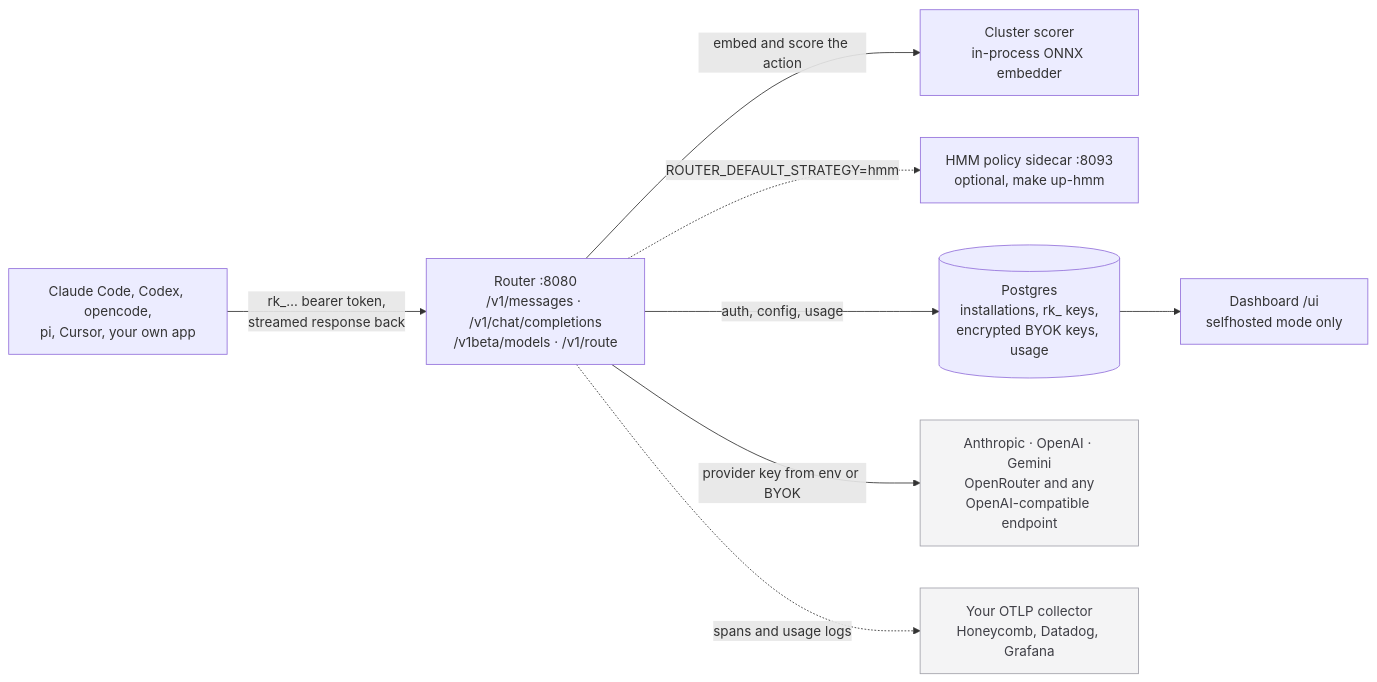
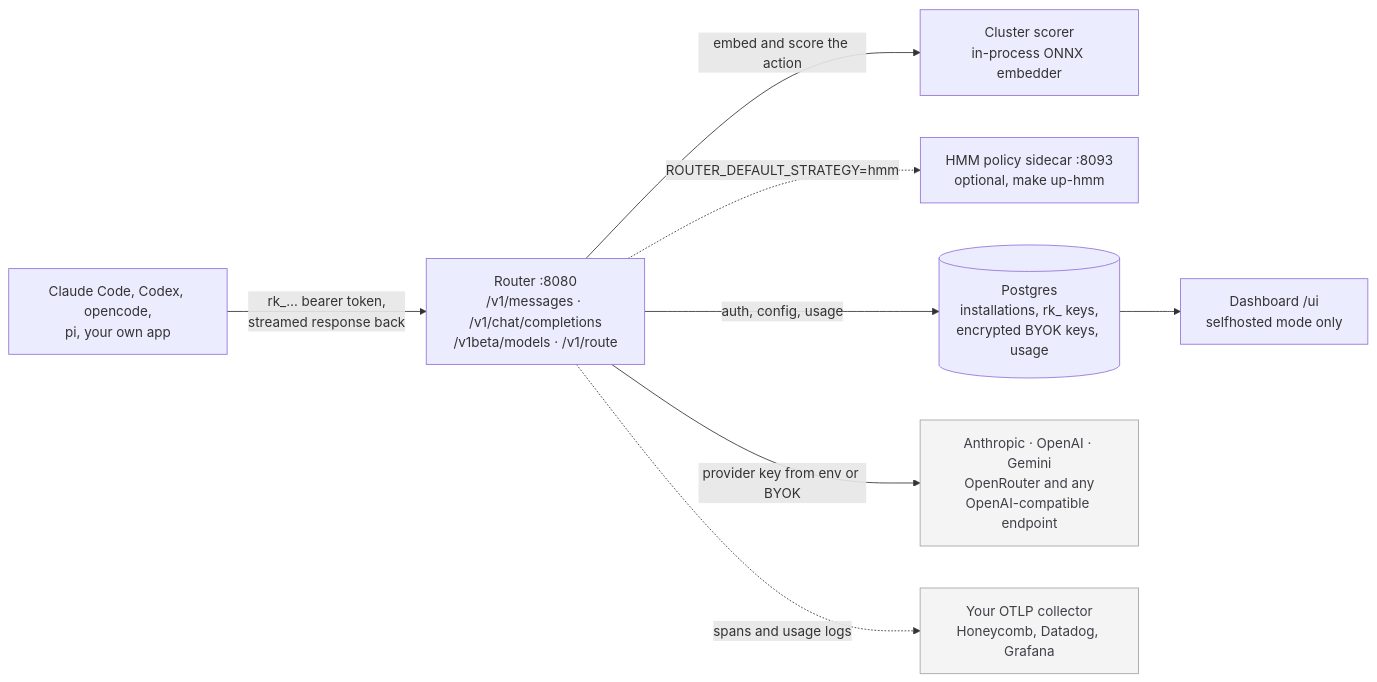
Before and after one commit to weave-os/router: the diagram in README.md, drawn with Mermaid. The commit also changed other lines of this file and 3 other files, not shown here.

First line of the commit message:
Remove Cursor from router client documentation

````diff
--- a/README.md
+++ b/README.md
@@ -122,22 +122,22 @@
 ```mermaid
 flowchart LR
-    client["Claude Code, Codex, opencode,<br/>pi, Cursor, your own app"]
+    client["Claude Code, Codex, opencode,<br/>pi, your own app"]
     router["Router :8080<br/>/v1/messages · /v1/chat/completions<br/>/v1beta/models · /v1/route"]
     scorer["Cluster scorer<br/>in-process ONNX embedder"]
     hmm["HMM policy sidecar :8093<br/>optional, make up-hmm"]
     pg[("Postgres<br/>installations, rk_ keys,<br/>encrypted BYOK keys, usage")]
     ui["Dashboard /ui<br/>selfhosted mode only"]
     providers["Anthropic · OpenAI · Gemini<br/>OpenRouter and any<br/>OpenAI-compatible endpoint"]
     otel["Your OTLP collector<br/>Honeycomb, Datadog, Grafana"]
 
     client -->|"rk_… bearer token,<br/>streamed response back"| router
     router -->|"embed and score the action"| scorer
     router -.->|"ROUTER_DEFAULT_STRATEGY=hmm"| hmm
     router -->|"auth, config, usage"| pg
     pg --> ui
     router -->|"provider key from env or BYOK"| providers
     router -.->|"spans and usage logs"| otel
 
     classDef external fill:#f4f4f5,stroke:#a1a1aa,color:#3f3f46
     class providers,otel external
 ```
````
